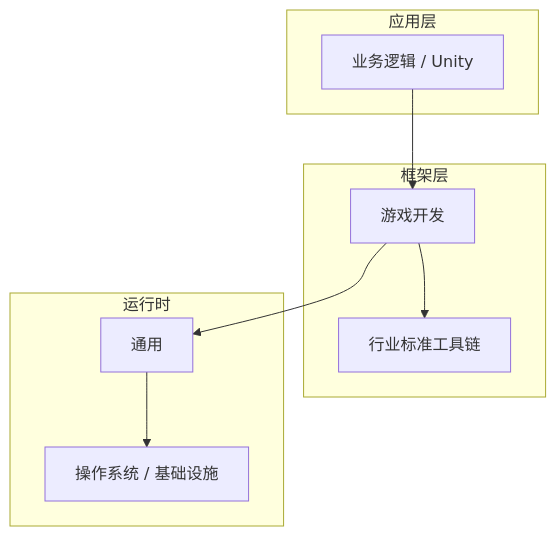
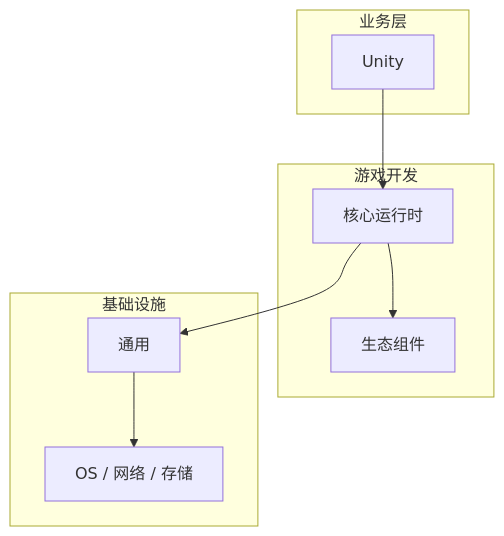
Before and after one commit to yanggan2015/knowledge-json-v2: the diagram in articles/游戏开发/chapters/013-Unity核心概念与原理.md, drawn with Mermaid. The commit also changed other lines of this file and 10127 other files, not shown here.

````diff
--- a/articles/游戏开发/chapters/013-Unity核心概念与原理.md
+++ b/articles/游戏开发/chapters/013-Unity核心概念与原理.md
@@ -45,18 +30,18 @@
 ```mermaid
 graph TB
-    subgraph 应用层
-        A[业务逻辑 / Unity]
+    subgraph 业务层
+        A[Unity]
     end
-    subgraph 框架层
-        B[游戏开发]
-        C[行业标准工具链]
+    subgraph 游戏开发
+        B[核心运行时]
+        C[生态组件]
     end
-    subgraph 运行时
+    subgraph 基础设施
         D[通用]
-        E[操作系统 / 基础设施]
+        E[OS / 网络 / 存储]
     end
     A --> B
     B --> C
     B --> D
     D --> E
 ```
````
